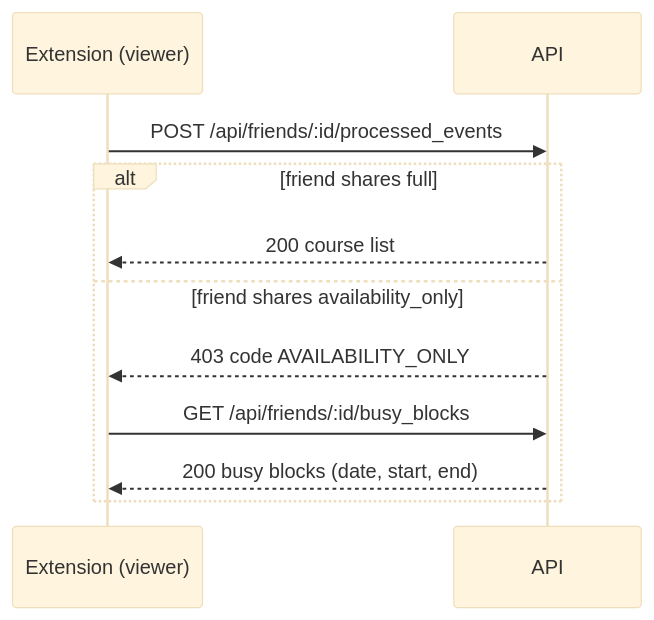
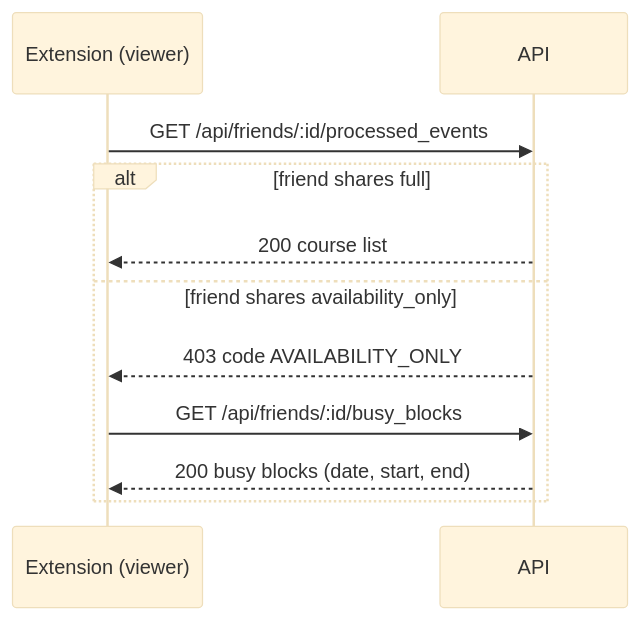
Before and after one commit to WITCodingClub/calendar-backend: the diagram in docs/friends-availability-only.md, drawn with Mermaid (base theme). The commit also changed other lines of this file and 8 other files, not shown here.

````diff
--- a/docs/friends-availability-only.md
+++ b/docs/friends-availability-only.md
@@ -33,13 +33,13 @@
 ```mermaid
 sequenceDiagram
     participant E as Extension (viewer)
     participant A as API
-    E->>A: POST /api/friends/:id/processed_events
+    E->>A: GET /api/friends/:id/processed_events
     alt friend shares full
         A-->>E: 200 course list
     else friend shares availability_only
         A-->>E: 403 code AVAILABILITY_ONLY
         E->>A: GET /api/friends/:id/busy_blocks
         A-->>E: 200 busy blocks (date, start, end)
     end
 ```
````
